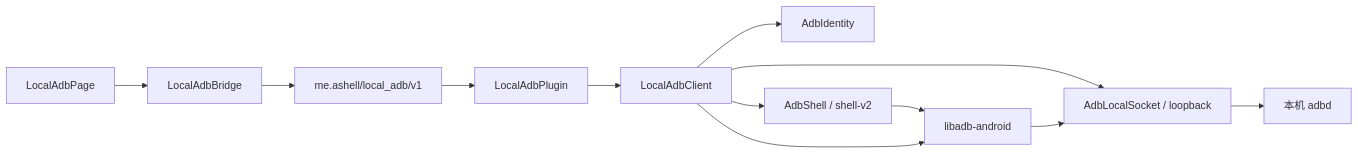
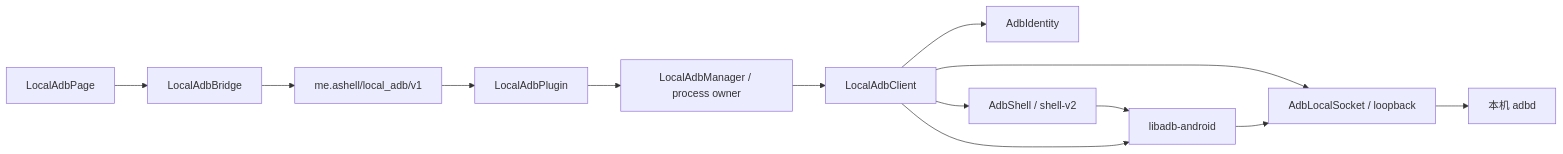
Before and after one commit to adb-shell/A-Shell-You: the diagram in docs/AI_ENGINEERING/12_LOCAL_ADB.md, drawn with Mermaid. The commit also changed other lines of this file and 50 other files, not shown here.

````diff
--- a/docs/AI_ENGINEERING/12_LOCAL_ADB.md
+++ b/docs/AI_ENGINEERING/12_LOCAL_ADB.md
@@ -23,14 +23,15 @@
 ```mermaid
 flowchart LR
     Page[LocalAdbPage] --> Bridge[LocalAdbBridge]
     Bridge --> Channel[me.ashell/local_adb/v1]
     Channel --> Plugin[LocalAdbPlugin]
-    Plugin --> Client[LocalAdbClient]
+    Plugin --> Manager[LocalAdbManager / process owner]
+    Manager --> Client[LocalAdbClient]
     Client --> Identity[AdbIdentity]
     Client --> Shell[AdbShell / shell-v2]
     Client --> Transport[AdbLocalSocket / loopback]
     Shell --> Lib[libadb-android]
     Client --> Lib
     Lib --> Transport
     Transport --> Daemon[本机 adbd]
 ```
````
